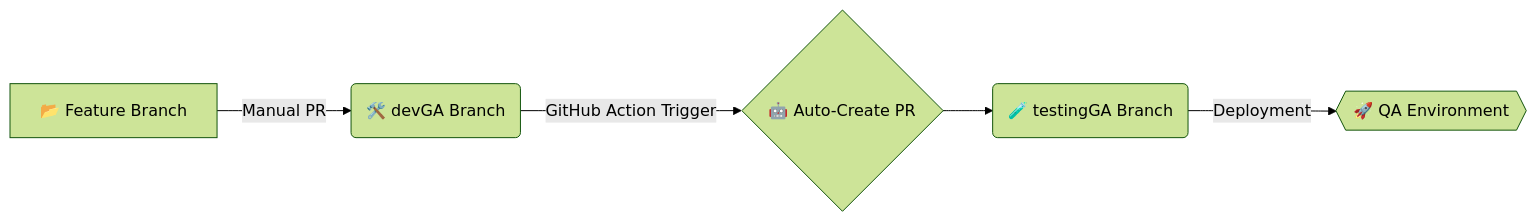
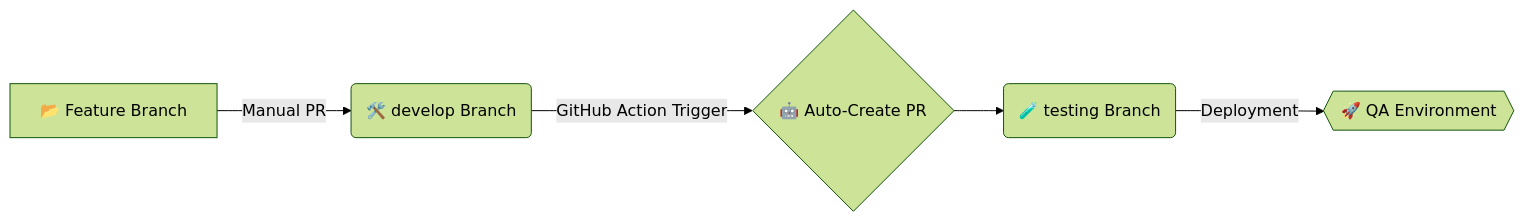
One commit to Coderanildangi/Github_Experiments changed the diagram in README.md. Above: the diagram before and after it, drawn with Mermaid (forest theme).

Commit message:
code updated

````diff
--- a/README.md
+++ b/README.md
@@ -10,7 +10,7 @@
 ```mermaid
 graph LR
-    A[📂 Feature Branch] -- "Manual PR" --> B(🛠️ devGA Branch)
+    A[📂 Feature Branch] -- "Manual PR" --> B(🛠️ develop Branch)
     B -- "GitHub Action Trigger" --> C{🤖 Auto-Create PR}
-    C --> D(🧪 testingGA Branch)
+    C --> D(🧪 testing Branch)
     D -- "Deployment" --> E{{🚀 QA Environment}}
 ```
````
